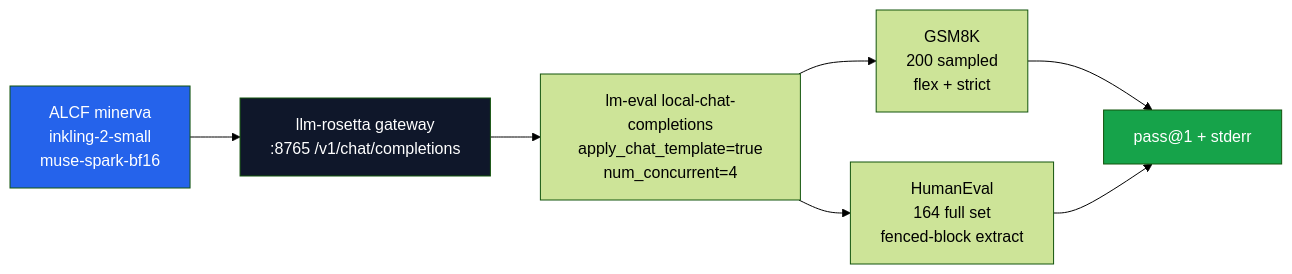
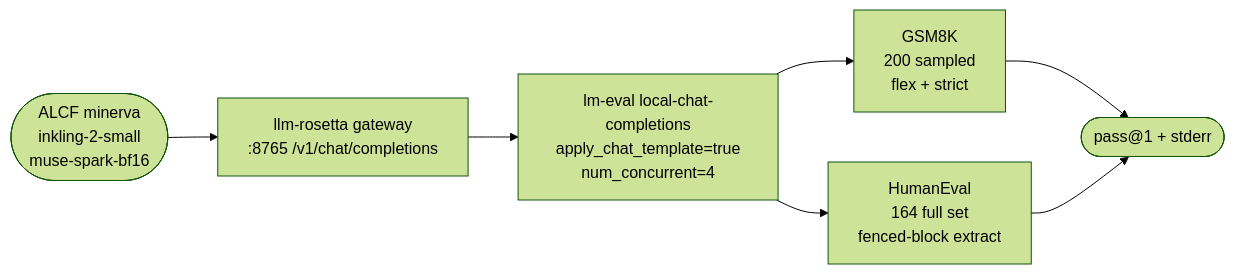
The first of 5 diagrams in web/src/pages/posts/2026/11/16/index.mdx (saforem2/samf.sh), drawn with Mermaid (forest theme) before and after one commit. The commit also changed other lines of this file, not shown here.

First line of the commit message:
post(2026-11-16): tighten mermaid diagrams, drop session-log aside

````diff
--- a/web/src/pages/posts/2026/11/16/index.mdx
+++ b/web/src/pages/posts/2026/11/16/index.mdx
@@ -35,12 +35,9 @@
 ```mermaid
 flowchart LR
-    A["ALCF minerva<br/>inkling-2-small<br/>muse-spark-bf16"] --> B["llm-rosetta gateway<br/>:8765 /v1/chat/completions"]
-    B --> C["lm-eval local-chat-completions<br/>apply_chat_template=true<br/>num_concurrent=4"]
-    C --> D1["GSM8K<br/>200 sampled<br/>flex + strict"]
-    C --> D2["HumanEval<br/>164 full set<br/>fenced-block extract"]
-    D1 --> E["pass@1 + stderr"]
+    A@{ shape: stadium, label: "ALCF minerva<br/>inkling-2-small<br/>muse-spark-bf16" } --> B@{ shape: rect, label: "llm-rosetta gateway<br/>:8765 /v1/chat/completions" }
+    B --> C@{ shape: rect, label: "lm-eval local-chat-completions<br/>apply_chat_template=true<br/>num_concurrent=4" }
+    C --> D1@{ shape: rect, label: "GSM8K<br/>200 sampled<br/>flex + strict" }
+    C --> D2@{ shape: rect, label: "HumanEval<br/>164 full set<br/>fenced-block extract" }
+    D1 --> E@{ shape: stadium, label: "pass@1 + stderr" }
     D2 --> E
-    style A fill:#2563eb,color:#fff
-    style B fill:#0f172a,color:#fff
-    style E fill:#16a34a,color:#fff
 ```
````
